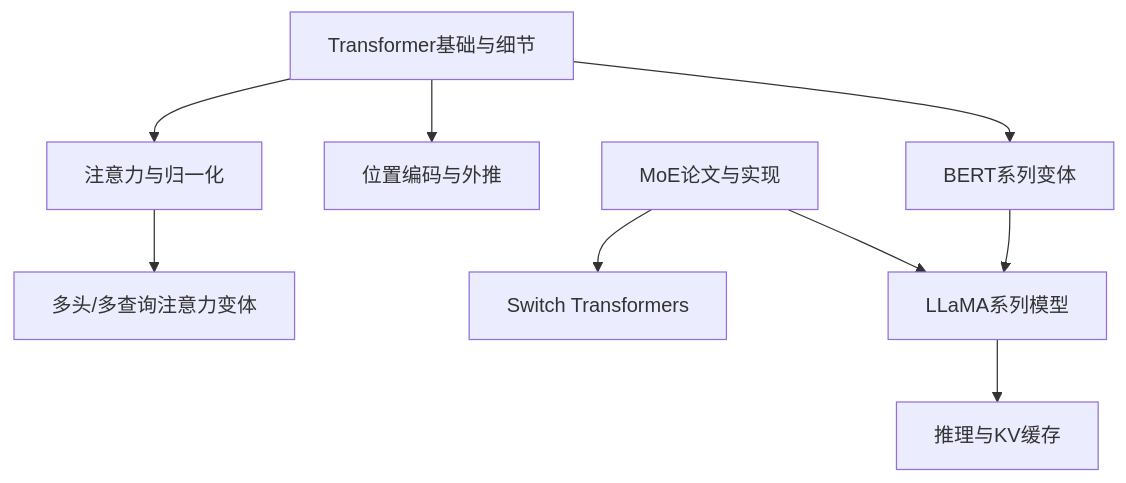
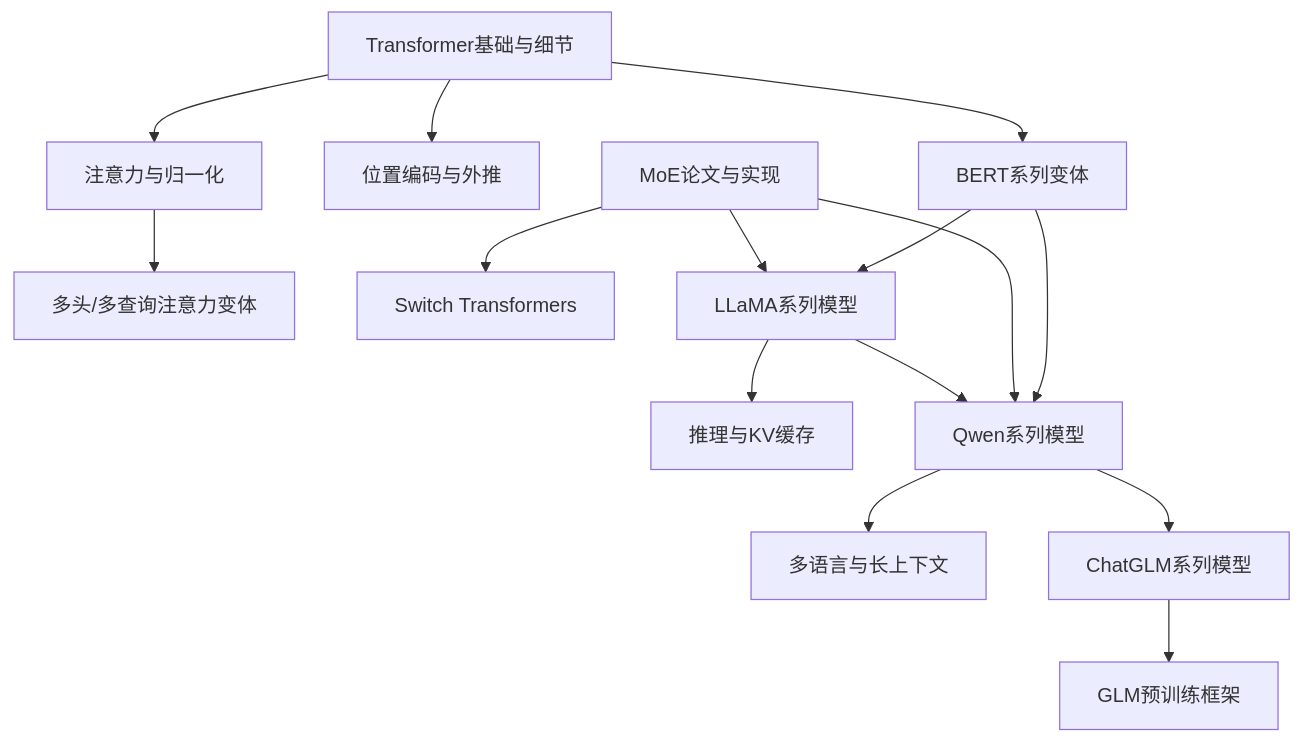
The first of 9 diagrams in .qoder/repowiki/zh/content/大语言模型架构/大语言模型架构.md (Mr-Yoje/llm_interview_note), drawn with Mermaid before and after one commit. The commit also changed other lines of this file and 4 other files, not shown here.

First line of the commit message:
docs(architecture): 更新大语言模型架构与BERT详解

````diff
--- a/.qoder/repowiki/zh/content/大语言模型架构/大语言模型架构.md
+++ b/.qoder/repowiki/zh/content/大语言模型架构/大语言模型架构.md
@@ -46,11 +59,17 @@
 ```mermaid
 graph TB
 A["Transformer基础与细节"] --> B["注意力与归一化"]
 A --> C["位置编码与外推"]
 B --> D["多头/多查询注意力变体"]
 A --> E["BERT系列变体"]
 F["MoE论文与实现"] --> G["Switch Transformers"]
 H["LLaMA系列模型"] --> I["推理与KV缓存"]
+J["Qwen系列模型"] --> K["多语言与长上下文"]
+L["ChatGLM系列模型"] --> M["GLM预训练框架"]
 E --> H
+E --> J
 F --> H
+F --> J
+H --> J
+J --> L
 ```
````
